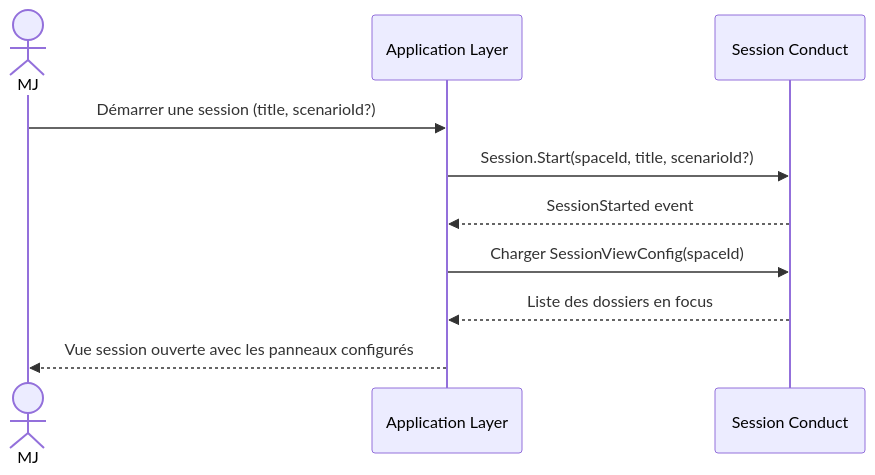
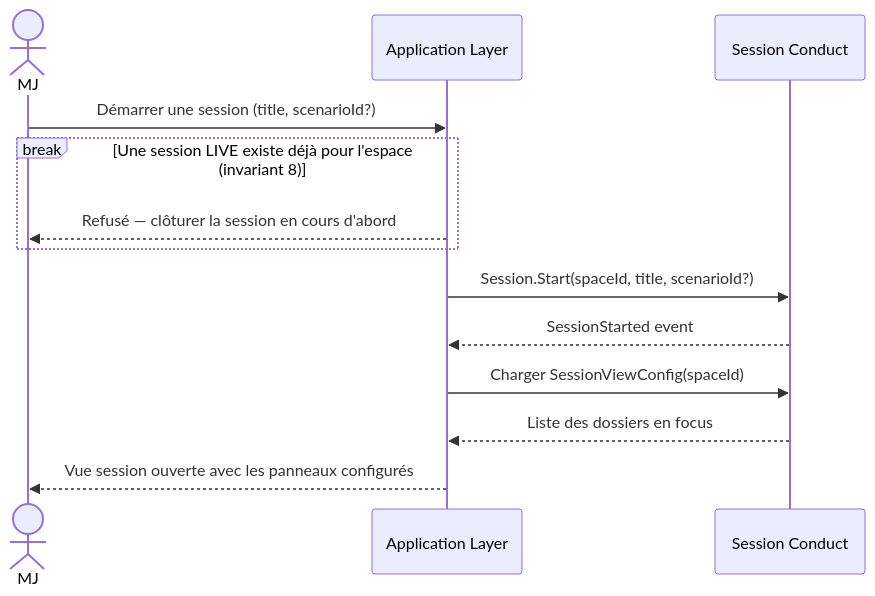
The third of 9 diagrams in docs/domaine/session-conduct/flows.md (2025-10-CDA-ECO-P6/PM-micro-saas), drawn with Mermaid before and after one commit. The commit also changed other lines of this file and 3 other files, not shown here.

````diff
--- a/docs/domaine/session-conduct/flows.md
+++ b/docs/domaine/session-conduct/flows.md
@@ -45,13 +45,16 @@
 ```mermaid
 sequenceDiagram
     actor MJ
     participant App as Application Layer
     participant SC as Session Conduct
 
     MJ->>App: Démarrer une session (title, scenarioId?)
+    break Une session LIVE existe déjà pour l'espace (invariant 8)
+        App-->>MJ: Refusé — clôturer la session en cours d'abord
+    end
     App->>SC: Session.Start(spaceId, title, scenarioId?)
     SC-->>App: SessionStarted event
     App->>SC: Charger SessionViewConfig(spaceId)
     SC-->>App: Liste des dossiers en focus
     App-->>MJ: Vue session ouverte avec les panneaux configurés
 ```
````
